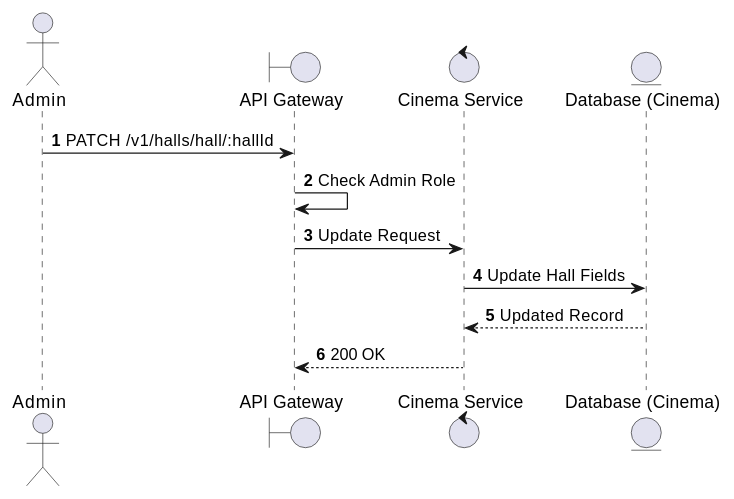
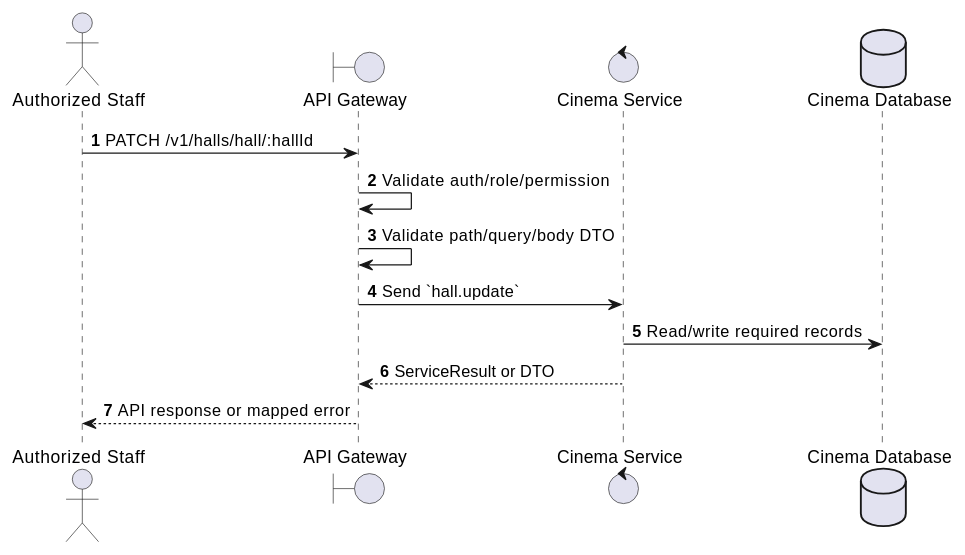
Before and after one commit to Tanh1603/movie-hub-architecture: the first of 2 diagrams in docs/functional_specs/3.2.2_Hall_Management/HM-04_Update_Hall.md, drawn with PlantUML. The commit also changed other lines of this file and 126 other files, not shown here.

````diff
--- a/docs/functional_specs/3.2.2_Hall_Management/HM-04_Update_Hall.md
+++ b/docs/functional_specs/3.2.2_Hall_Management/HM-04_Update_Hall.md
@@ -17,16 +17,17 @@
 ```plantuml
 @startuml
 autonumber
-actor Admin
+actor "Authorized Staff" as Actor
 boundary "API Gateway" as GW
-control "Cinema Service" as CS
-entity "Database (Cinema)" as DB
+control "Cinema Service" as SVC
+database "Cinema Database" as DB
 
-Admin -> GW: PATCH /v1/halls/hall/:hallId
-GW -> GW: Check Admin Role
-GW -> CS: Update Request
-CS -> DB: Update Hall Fields
-DB --> CS: Updated Record
-CS --> GW: 200 OK
+Actor -> GW: PATCH /v1/halls/hall/:hallId
+GW -> GW: Validate auth/role/permission
+GW -> GW: Validate path/query/body DTO
+GW -> SVC: Send `hall.update`
+SVC -> DB: Read/write required records
+SVC --> GW: ServiceResult or DTO
+GW --> Actor: API response or mapped error
 @enduml
 ```
````
